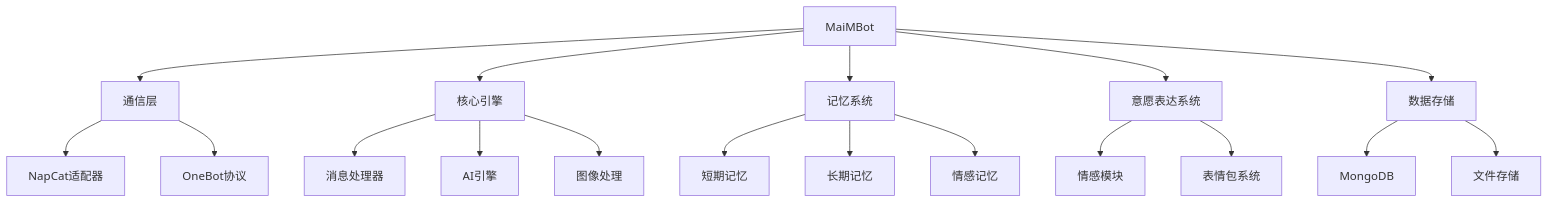
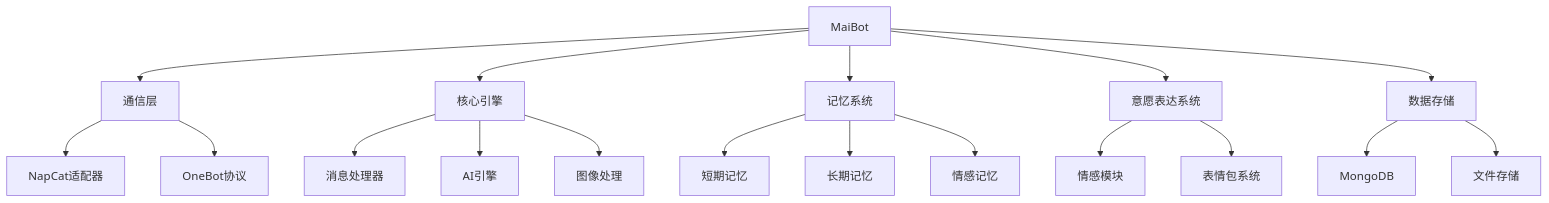
One commit to MaiM-with-u/docs changed the first of 3 diagrams in develop/structure/index_bak.md. Above: the diagram before and after it, drawn with Mermaid. The commit also changed other lines of this file and 21 other files, not shown here.

````diff
--- a/develop/structure/index_bak.md
+++ b/develop/structure/index_bak.md
@@ -9,25 +9,25 @@
 ```mermaid
 graph TD
-    A[MaiMBot] --> B[通信层]
+    A[MaiBot] --> B[通信层]
     A --> C[核心引擎]
     A --> D[记忆系统]
     A --> E[意愿表达系统]
     A --> F[数据存储]
     
     B --> B1[NapCat适配器]
     B --> B2[OneBot协议]
     
     C --> C1[消息处理器]
     C --> C2[AI引擎]
     C --> C3[图像处理]
     
     D --> D1[短期记忆]
     D --> D2[长期记忆]
     D --> D3[情感记忆]
     
     E --> E1[情感模块]
     E --> E2[表情包系统]
     
     F --> F1[MongoDB]
     F --> F2[文件存储]
 ```
````
